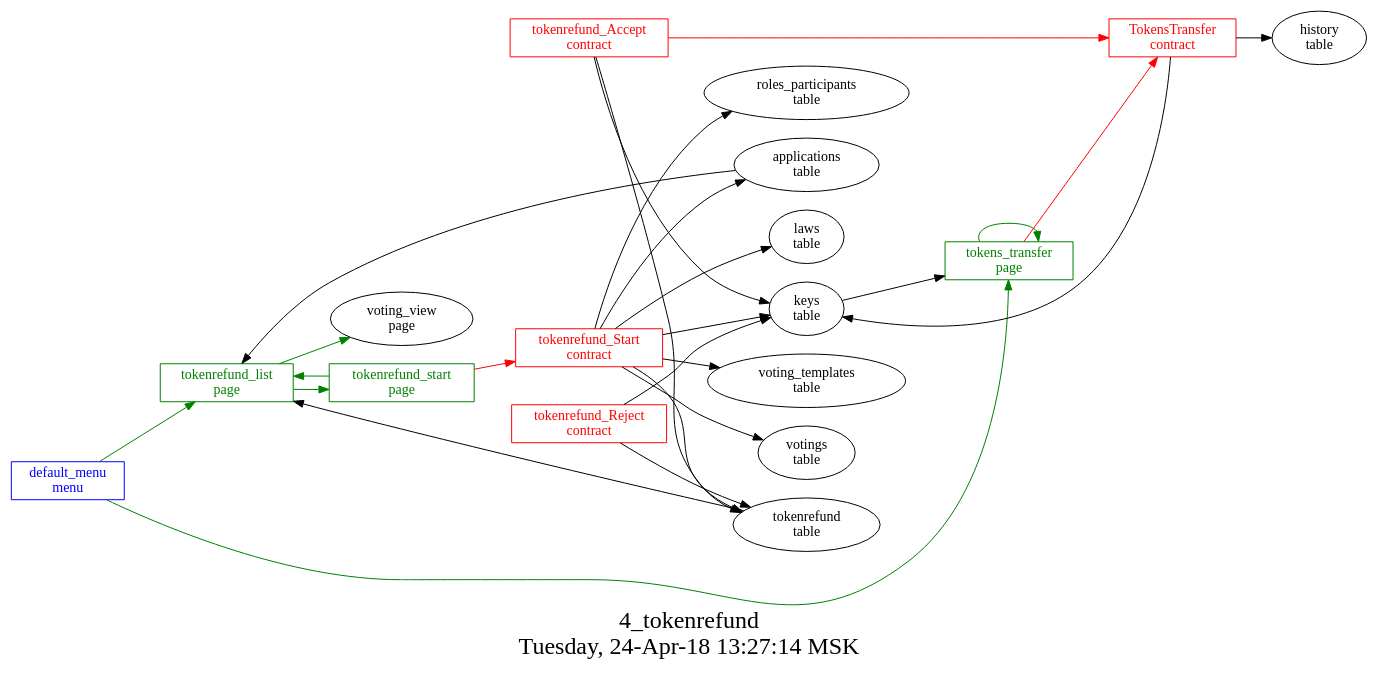
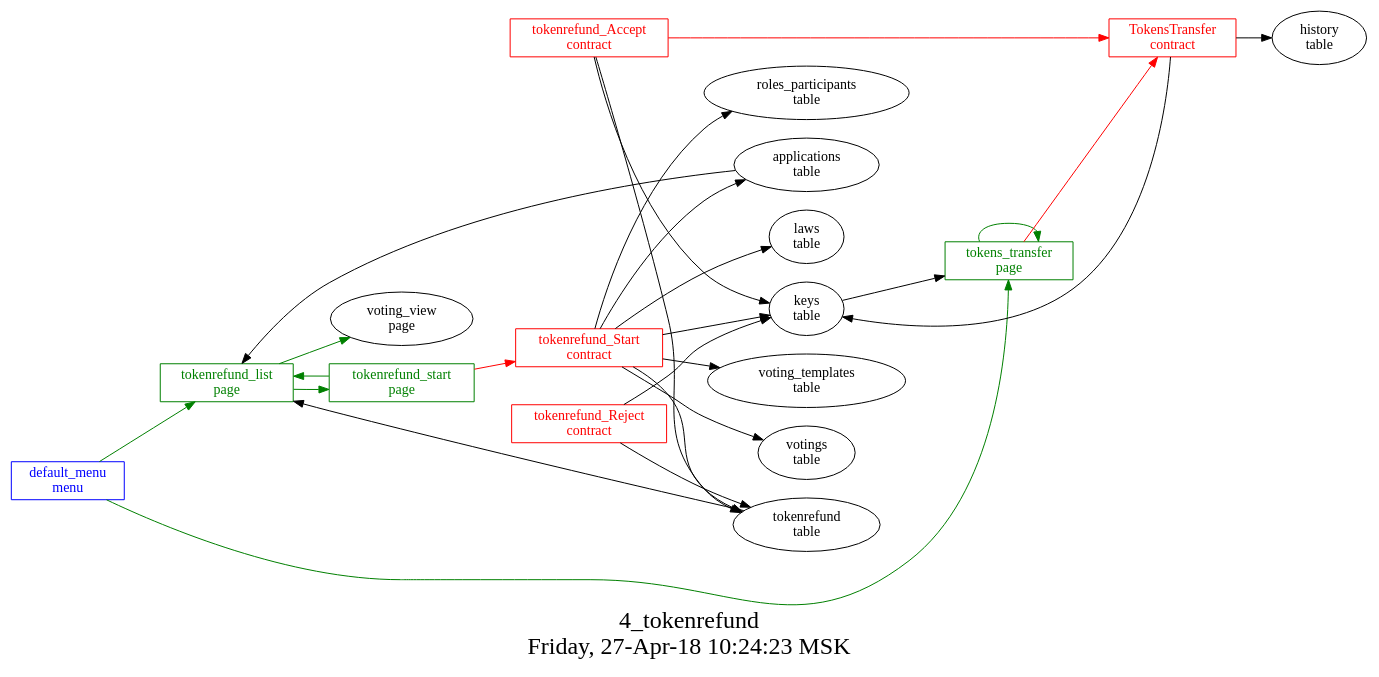
One commit to AplaProject/apps changed the diagram in src/basic/4_tokenrefund/struct.dot. Above: the diagram before and after it, drawn with Graphviz. The commit also changed 19 other files, not shown here.

```diff
--- a/src/basic/4_tokenrefund/struct.dot
+++ b/src/basic/4_tokenrefund/struct.dot
@@ -1,45 +1,45 @@
 digraph G {
 graph [
   fontsize="24";
-  label="4_tokenrefund\nTuesday, 24-Apr-18 13:27:14 MSK";
+  label="4_tokenrefund\nFriday, 27-Apr-18 10:24:23 MSK";
   nojustify=true;
   ordering=out;
   rankdir=LR;
   size="30";
 ];
 "default_menu\nmenu" -> "tokenrefund_list\npage"  [ color=green ]
 "default_menu\nmenu" -> "tokens_transfer\npage"  [ color=green ]
 "default_menu\nmenu" [color=blue, fontcolor=blue, group=menus, shape=record];
 "applications\ntable" -> "tokenrefund_list\npage"  [ color="" ]
 "tokenrefund\ntable" -> "tokenrefund_list\npage"  [ color="" ]
 "tokenrefund_list\npage" -> "voting_view\npage"  [ color=green ]
 "tokenrefund_list\npage" -> "tokenrefund_start\npage"  [ color=green ]
 "tokenrefund_list\npage" [color=green, fontcolor=green, group=pages, shape=record];
 "tokenrefund_start\npage" -> "tokenrefund_Start\ncontract"  [ color=red ]
 "tokenrefund_start\npage" -> "tokenrefund_list\npage"  [ color=green ]
 "tokenrefund_start\npage" [color=green, fontcolor=green, group=pages, shape=record];
 "tokens_transfer\npage" -> "TokensTransfer\ncontract"  [ color=red ]
 "keys\ntable" -> "tokens_transfer\npage"  [ color="" ]
 "tokens_transfer\npage" -> "tokens_transfer\npage"  [ color=green ]
 "tokens_transfer\npage" [color=green, fontcolor=green, group=pages, shape=record];
 "TokensTransfer\ncontract" -> "keys\ntable"  [ color="" ]
 "TokensTransfer\ncontract" -> "history\ntable"  [ color="" ]
 "TokensTransfer\ncontract" [color=red, fontcolor=red, group=contracts, shape=record];
 "tokenrefund_Accept\ncontract" -> "TokensTransfer\ncontract"  [ color=red ]
 "tokenrefund_Accept\ncontract" -> "keys\ntable"  [ color="" ]
 "tokenrefund_Accept\ncontract" -> "tokenrefund\ntable"  [ color="" ]
 "tokenrefund_Accept\ncontract" [color=red, fontcolor=red, group=contracts, shape=record];
 "tokenrefund_Reject\ncontract" -> "keys\ntable"  [ color="" ]
 "tokenrefund_Reject\ncontract" -> "tokenrefund\ntable"  [ color="" ]
 "tokenrefund_Reject\ncontract" [color=red, fontcolor=red, group=contracts, shape=record];
 "tokenrefund_Start\ncontract" -> "keys\ntable"  [ color="" ]
 "tokenrefund_Start\ncontract" -> "roles_participants\ntable"  [ color="" ]
 "tokenrefund_Start\ncontract" -> "applications\ntable"  [ color="" ]
 "tokenrefund_Start\ncontract" -> "laws\ntable"  [ color="" ]
 "tokenrefund_Start\ncontract" -> "voting_templates\ntable"  [ color="" ]
 "tokenrefund_Start\ncontract" -> "votings\ntable"  [ color="" ]
 "tokenrefund_Start\ncontract" -> "tokenrefund\ntable"  [ color="" ]
 "tokenrefund_Start\ncontract" [color=red, fontcolor=red, group=contracts, shape=record];
 "laws\ntable" [color="", fontcolor="", group=tables, shape=""];
 "tokenrefund\ntable" [color="", fontcolor="", group=tables, shape=""];
 }
```
